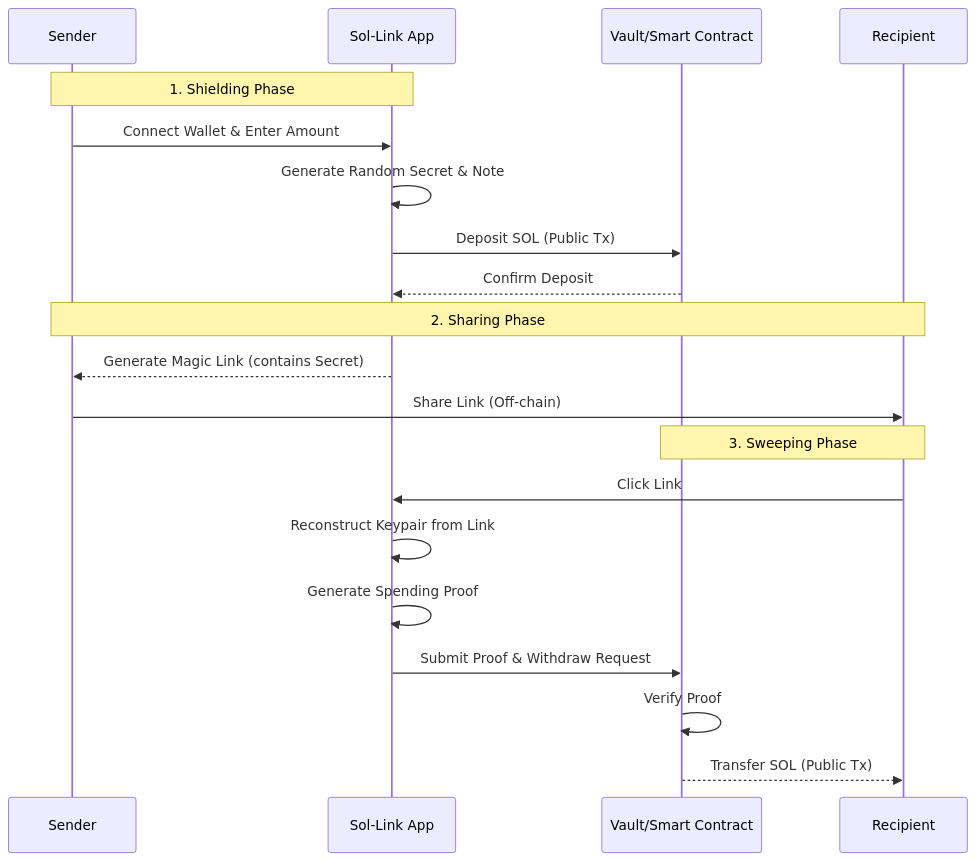
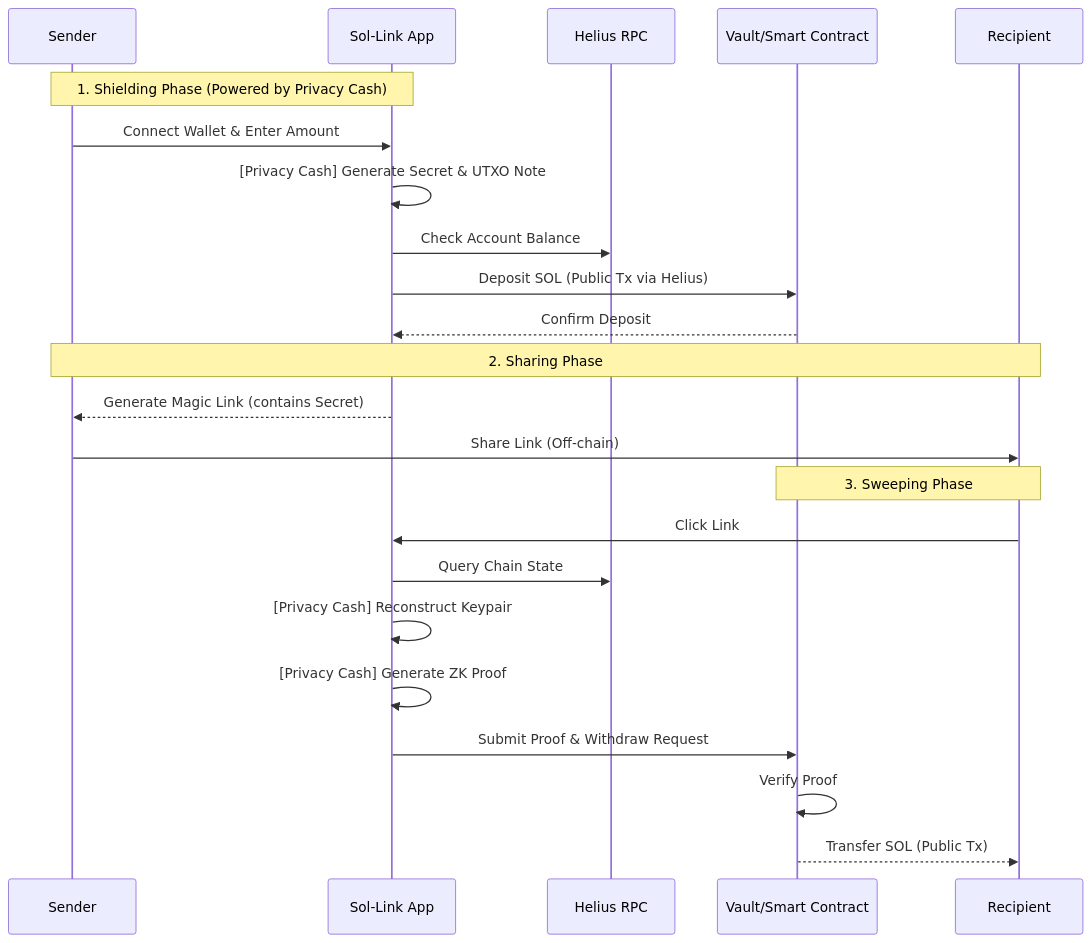
One commit to NikhilRaikwar/SolLink changed the diagram in README.md. Above: the diagram before and after it, drawn with Mermaid.

````diff
--- a/README.md
+++ b/README.md
@@ -50,25 +50,28 @@
 ```mermaid
 sequenceDiagram
     participant Sender
     participant SolLink as Sol-Link App
+    participant Helius as Helius RPC
     participant Vault as Vault/Smart Contract
     participant Recipient
 
-    note over Sender, SolLink: 1. Shielding Phase
+    note over Sender, SolLink: 1. Shielding Phase (Powered by Privacy Cash)
     Sender->>SolLink: Connect Wallet & Enter Amount
-    SolLink->>SolLink: Generate Random Secret & Note
-    SolLink->>Vault: Deposit SOL (Public Tx)
+    SolLink->>SolLink: [Privacy Cash] Generate Secret & UTXO Note
+    SolLink->>Helius: Check Account Balance
+    SolLink->>Vault: Deposit SOL (Public Tx via Helius)
     Vault-->>SolLink: Confirm Deposit
 
     note over Sender, Recipient: 2. Sharing Phase
     SolLink-->>Sender: Generate Magic Link (contains Secret)
     Sender->>Recipient: Share Link (Off-chain)
 
     note over Recipient, Vault: 3. Sweeping Phase
     Recipient->>SolLink: Click Link
-    SolLink->>SolLink: Reconstruct Keypair from Link
-    SolLink->>SolLink: Generate Spending Proof
+    SolLink->>Helius: Query Chain State
+    SolLink->>SolLink: [Privacy Cash] Reconstruct Keypair
+    SolLink->>SolLink: [Privacy Cash] Generate ZK Proof
     SolLink->>Vault: Submit Proof & Withdraw Request
     Vault->>Vault: Verify Proof
     Vault-->>Recipient: Transfer SOL (Public Tx)
 ```
````
